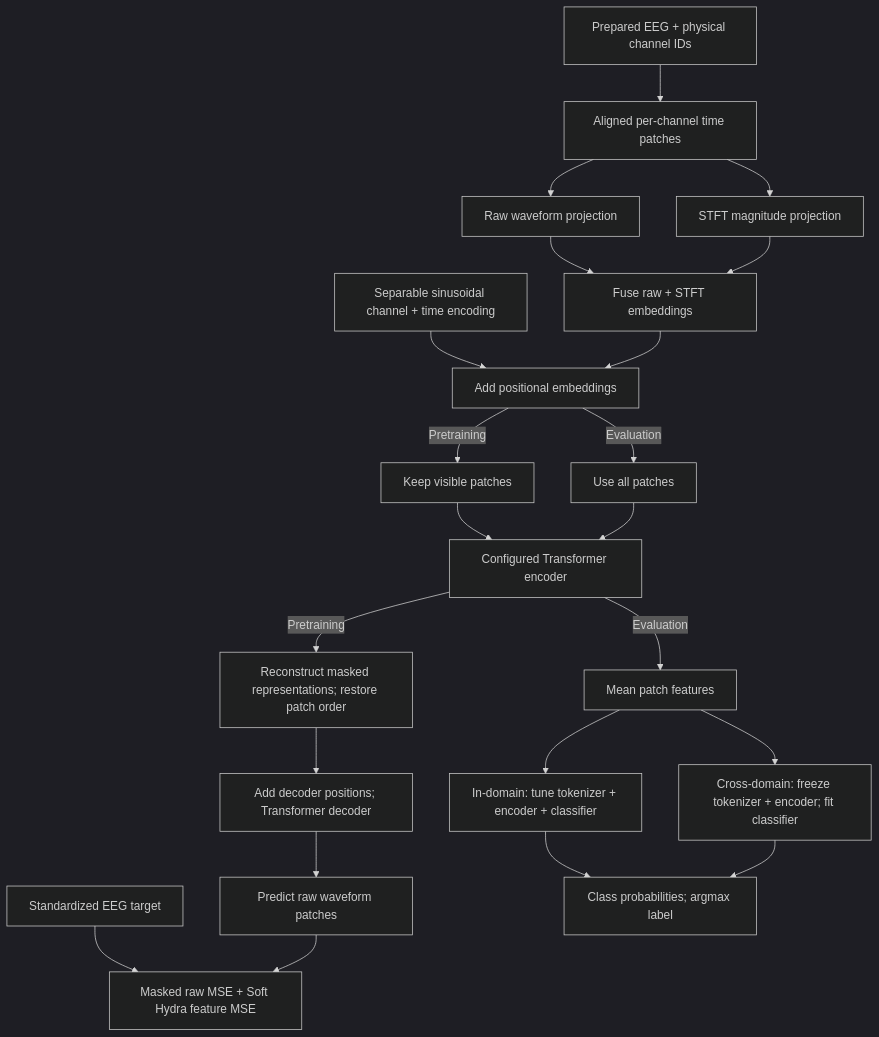
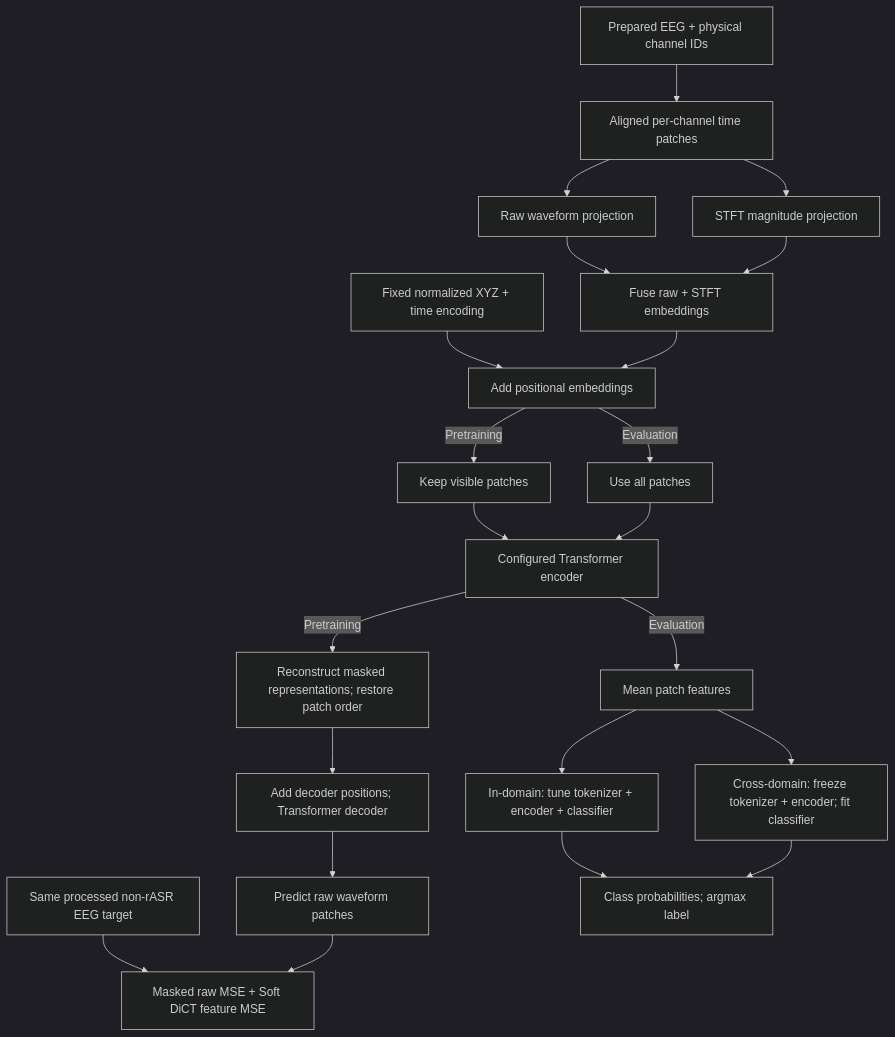
Before and after one commit to Emotiv/EEG-X: the diagram in docs/spec.md, drawn with Mermaid (dark theme). The commit also changed other lines of this file and 117 other files, not shown here.

````diff
--- a/docs/spec.md
+++ b/docs/spec.md
@@ -66,24 +68,24 @@
 ```mermaid
 flowchart TD
     EEG["Prepared EEG + physical channel IDs"] --> PATCH["Aligned per-channel time patches"]
     PATCH --> RAW["Raw waveform projection"]
     PATCH --> STFT["STFT magnitude projection"]
     RAW --> FUSE["Fuse raw + STFT embeddings"]
     STFT --> FUSE
-    POS["Separable sinusoidal channel + time encoding"] --> EMB["Add positional embeddings"]
+    POS["Fixed normalized XYZ + time encoding"] --> EMB["Add positional embeddings"]
     FUSE --> EMB
     EMB -->|Pretraining| MASK["Keep visible patches"]
     EMB -->|Evaluation| FULL["Use all patches"]
     MASK --> ENC["Configured Transformer encoder"]
     FULL --> ENC
     ENC -->|Pretraining| RESTORE["Reconstruct masked representations; restore patch order"]
     RESTORE --> DEC["Add decoder positions; Transformer decoder"]
     DEC --> PRED["Predict raw waveform patches"]
-    TARGET["Standardized EEG target"] --> LOSS["Masked raw MSE + Soft Hydra feature MSE"]
+    TARGET["Same processed non-rASR EEG target"] --> LOSS["Masked raw MSE + Soft DiCT feature MSE"]
     PRED --> LOSS
     ENC -->|Evaluation| POOL["Mean patch features"]
     POOL --> IN["In-domain: tune tokenizer + encoder + classifier"]
     POOL --> CROSS["Cross-domain: freeze tokenizer + encoder; fit classifier"]
     IN --> PROB["Class probabilities; argmax label"]
     CROSS --> PROB
 ```
````
